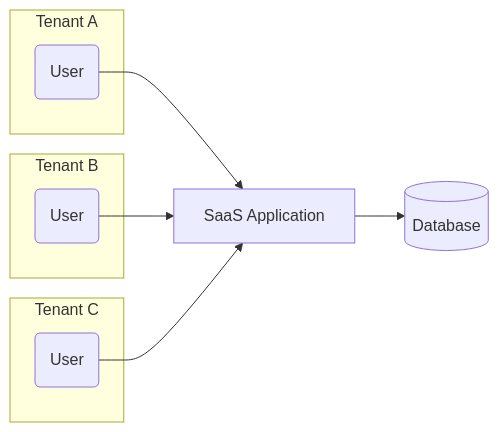
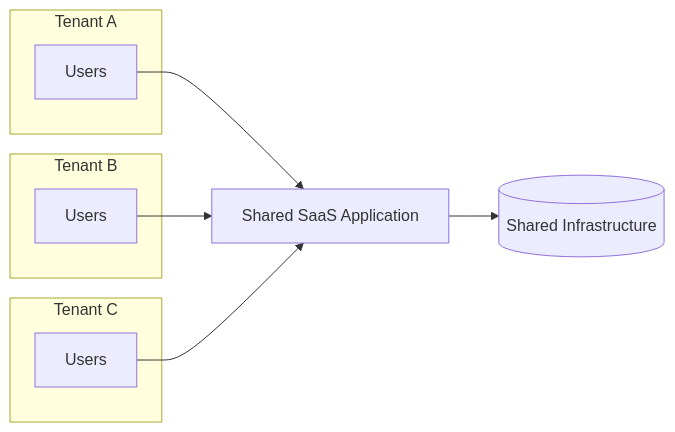
Before and after one commit to ramadhanrezza/system-design-notes: the first of 4 diagrams in saas/multi-tenant-architecture.md, drawn with Mermaid. The commit also changed other lines of this file, not shown here.

````diff
--- a/saas/multi-tenant-architecture.md
+++ b/saas/multi-tenant-architecture.md
@@ -107,23 +234,23 @@
 ```mermaid
 flowchart LR
 
-subgraph TenantA["Tenant A"]
-A1(User)
+subgraph A["Tenant A"]
+A1[Users]
 end
 
-subgraph TenantB["Tenant B"]
-B1(User)
+subgraph B["Tenant B"]
+B1[Users]
 end
 
-subgraph TenantC["Tenant C"]
-C1(User)
+subgraph C["Tenant C"]
+C1[Users]
 end
 
-A1 --> App
-B1 --> App
-C1 --> App
+A1 --> APP
+B1 --> APP
+C1 --> APP
 
-App[SaaS Application]
+APP["Shared SaaS Application"]
 
-App --> DB[(Database)]
+APP --> DB[(Shared Infrastructure)]
 ```
````
